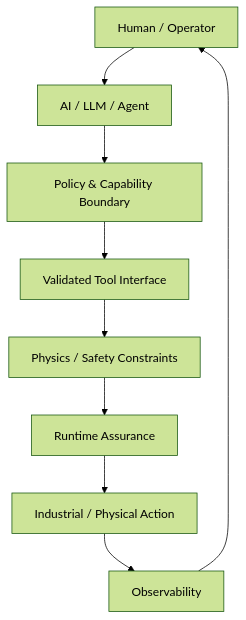
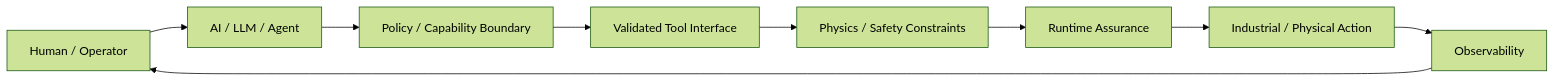
One commit to iceccarelli/iceccarelli changed the tenth of 33 diagrams in README.md. Above: the diagram before and after it, drawn with Mermaid (forest theme). The commit also changed other lines of this file, not shown here.

````diff
--- a/README.md
+++ b/README.md
@@ -430,11 +480,4 @@
 ```mermaid
-flowchart TD
-    H[Human / Operator] --> L[AI / LLM / Agent]
-    L --> P[Policy & Capability Boundary]
-    P --> V[Validated Tool Interface]
-    V --> C[Physics / Safety Constraints]
-    C --> R[Runtime Assurance]
-    R --> X[Industrial / Physical Action]
-    X --> O[Observability]
-    O --> H
+flowchart LR
+    HUMAN[Human / Operator] --> AGENT[AI / LLM / Agent] --> POLICY[Policy / Capability Boundary] --> TOOL[Validated Tool Interface] --> PHYS[Physics / Safety Constraints] --> ASSURE[Runtime Assurance] --> ACTION[Industrial / Physical Action] --> OBS[Observability] --> HUMAN
 ```
````
